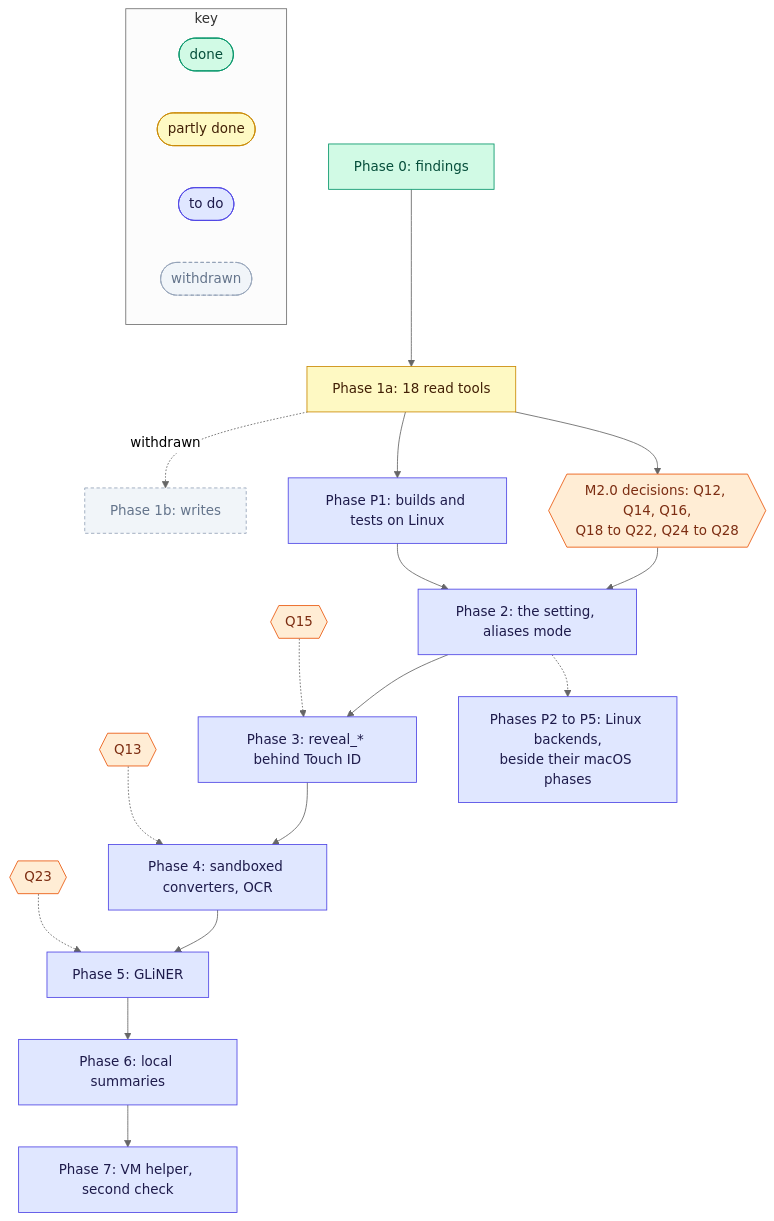
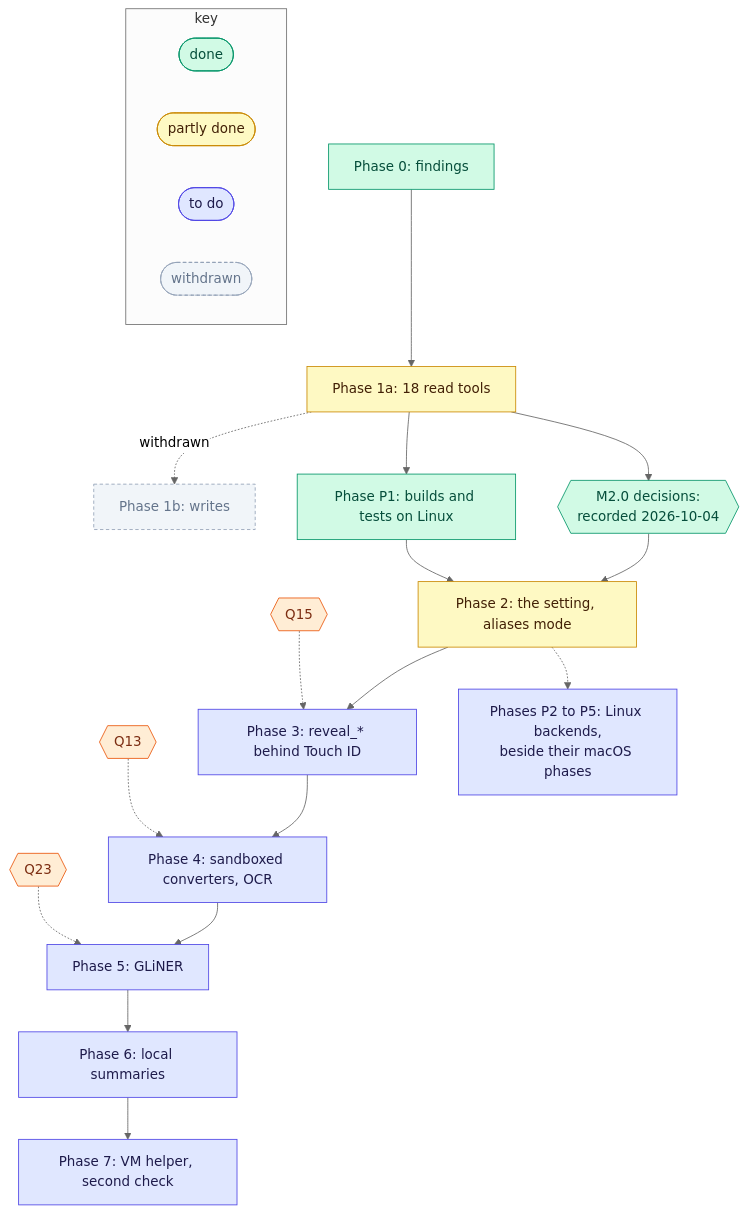
The diagram in docs/rfc-0001/09-rollout.md (matt-w-horn/protonctl), drawn with Mermaid (neutral theme) before and after one commit. The commit also changed other lines of this file and 60 other files, not shown here.

````diff
--- a/docs/rfc-0001/09-rollout.md
+++ b/docs/rfc-0001/09-rollout.md
@@ -7,36 +7,36 @@
 ```mermaid
 flowchart TB
     P0["Phase 0: findings"] --> P1a["Phase 1a: 18 read tools"]
     P1a -.->|withdrawn| P1b["Phase 1b: writes"]
-    P1a --> D2{{"M2.0 decisions: Q12, Q14, Q16,<br/>Q18 to Q22, Q24 to Q28"}}
+    P1a --> D2{{"M2.0 decisions:<br/>recorded 2026-10-04"}}
     D2 --> P2["Phase 2: the setting, aliases mode"]
     P2 --> P3["Phase 3: reveal_* behind Touch ID"]
     P3 --> P4["Phase 4: sandboxed converters, OCR"]
     P4 --> P5["Phase 5: GLiNER"]
     P5 --> P6["Phase 6: local summaries"]
     P6 --> P7["Phase 7: VM helper, second check"]
     Q15{{"Q15"}} -.-> P3
     Q13{{"Q13"}} -.-> P4
     Q23{{"Q23"}} -.-> P5
     PP1["Phase P1: builds and tests on Linux"] --> P2
     P1a --> PP1
     P2 -.-> PP2["Phases P2 to P5: Linux backends,<br/>beside their macOS phases"]
     subgraph key["key"]
         direction LR
         L1(["done"])
         L2(["partly done"])
         L3(["to do"])
         L4(["withdrawn"])
     end
 
     classDef done fill:#D1FAE5,stroke:#059669,color:#064E3B
     classDef part fill:#FEF9C3,stroke:#CA8A04,color:#422006
     classDef todo fill:#E0E7FF,stroke:#4F46E5,color:#1E1B4B
     classDef gone fill:#F1F5F9,stroke:#94A3B8,color:#64748B,stroke-dasharray:4 3
     classDef q fill:#FFEDD5,stroke:#EA580C,color:#7C2D12
-    class P0,L1 done
-    class P1a,L2 part
-    class P2,P3,P4,P5,P6,P7,PP1,PP2,L3 todo
+    class P0,PP1,D2,L1 done
+    class P1a,P2,L2 part
+    class P3,P4,P5,P6,P7,PP2,L3 todo
     class P1b,L4 gone
-    class D2,Q13,Q15,Q23 q
+    class Q13,Q15,Q23 q
 ```
````
